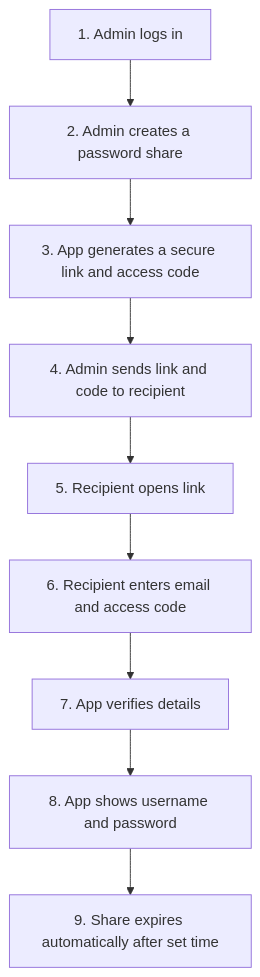
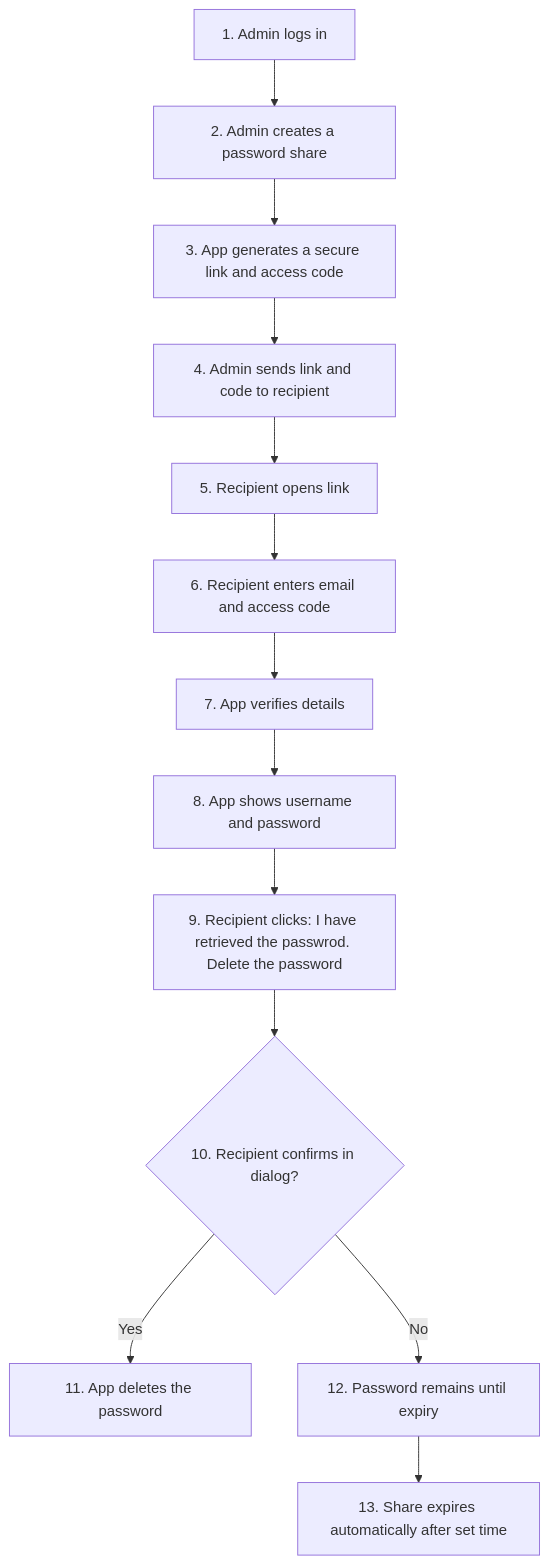
Before and after one commit to mictsi/sharepasswordAzure: the diagram in README.md, drawn with Mermaid. The commit also changed other lines of this file and 8 other files, not shown here.

Commit message:
feat: implement password deletion after retrieval and update related views

````diff
--- a/README.md
+++ b/README.md
@@ -30,11 +30,15 @@
 ```mermaid
 flowchart TD
     S1["1. Admin logs in"] --> S2["2. Admin creates a password share"]
     S2 --> S3["3. App generates a secure link and access code"]
     S3 --> S4["4. Admin sends link and code to recipient"]
     S4 --> S5["5. Recipient opens link"]
     S5 --> S6["6. Recipient enters email and access code"]
     S6 --> S7["7. App verifies details"]
     S7 --> S8["8. App shows username and password"]
-    S8 --> S9["9. Share expires automatically after set time"]
+    S8 --> S9["9. Recipient clicks: I have retrieved the passwrod. Delete the password"]
+    S9 --> S10{"10. Recipient confirms in dialog?"}
+    S10 -->|Yes| S11["11. App deletes the password"]
+    S10 -->|No| S12["12. Password remains until expiry"]
+    S12 --> S13["13. Share expires automatically after set time"]
 ```
````
